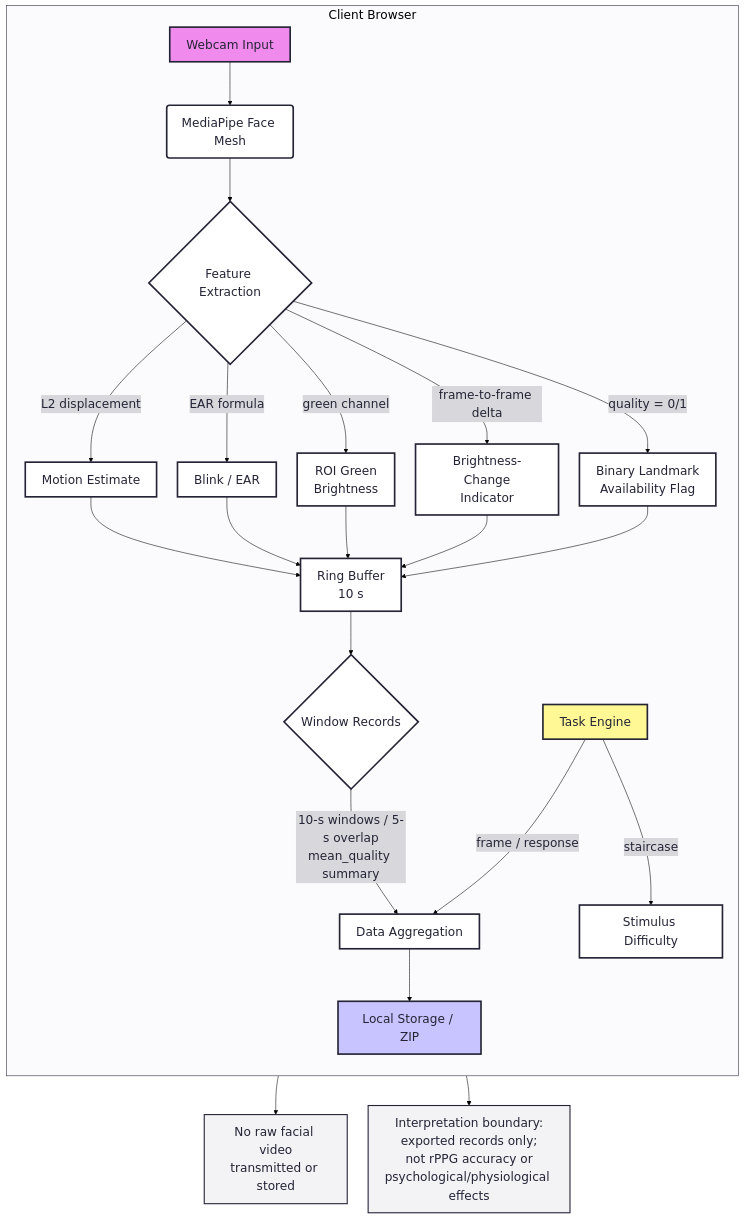
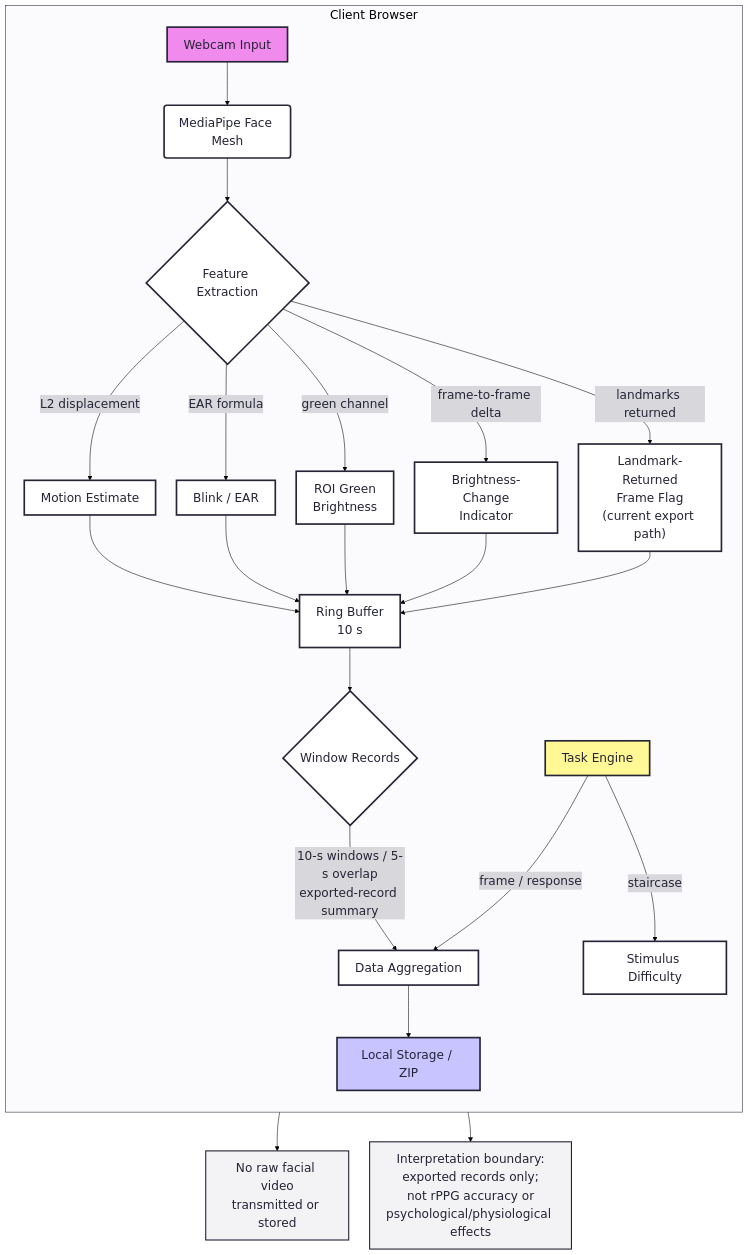
The diagram in paper_figures/Figure1_SystemPipeline.mmd (furukawa1020/camerala), drawn with Mermaid before and after one commit. The commit also changed 19 other files, not shown here.

```diff
--- a/paper_figures/Figure1_SystemPipeline.mmd
+++ b/paper_figures/Figure1_SystemPipeline.mmd
@@ -1,82 +1,82 @@
 %%{init: {
   "theme": "base",
   "themeVariables": {
     "fontFamily": "Consolas, Arial, sans-serif",
     "fontSize": "22px",
     "primaryColor": "#ffffff",
     "primaryBorderColor": "#242436",
     "primaryTextColor": "#242436",
     "lineColor": "#000000",
     "secondaryColor": "#f7f7fb",
     "tertiaryColor": "#ffffff",
     "clusterBkg": "#fbfbfd",
     "clusterBorder": "#242436",
     "edgeLabelBackground": "#d8d8dc"
   },
   "flowchart": {
     "curve": "basis",
     "htmlLabels": true,
     "nodeSpacing": 38,
     "rankSpacing": 54
   }
 }}%%
 flowchart TB
   subgraph C["Client Browser"]
     direction TB
 
     W["Webcam Input"]
     M("MediaPipe Face Mesh")
     F{"Feature Extraction"}
 
     ME["Motion Estimate"]
     BE["Blink / EAR"]
     ROI["ROI Green<br/>Brightness"]
     BF["Brightness-Change<br/>Indicator"]
-    QF["Binary Landmark<br/>Availability Flag"]
+    QF["Landmark-Returned<br/>Frame Flag<br/>(current export path)"]
 
     RB["Ring Buffer<br/>10 s"]
     WA{"Window Records"}
 
     TE["Task Engine"]
     SD["Stimulus Difficulty"]
     DA["Data Aggregation"]
     LS["Local Storage / ZIP"]
 
     W --> M --> F
     F -->|"L2 displacement"| ME
     F -->|"EAR formula"| BE
     F -->|"green channel"| ROI
     F -->|"frame-to-frame delta"| BF
-    F -->|"quality = 0/1"| QF
+    F -->|"landmarks returned"| QF
 
     ME --> RB
     BE --> RB
     ROI --> RB
     BF --> RB
     QF --> RB
 
     RB --> WA
-    WA -->|"10-s windows / 5-s overlap<br/>mean_quality summary"| DA
+    WA -->|"10-s windows / 5-s overlap<br/>exported-record summary"| DA
 
     TE -->|"frame / response"| DA
     TE -->|"staircase"| SD
     DA --> LS
   end
 
   RV["No raw facial video<br/>transmitted or stored"]
   LB["Interpretation boundary:<br/>exported records only;<br/>not rPPG accuracy or<br/>psychological/physiological effects"]
 
   LS --> RV
   LS --> LB
 
   classDef input fill:#f08aec,stroke:#242436,stroke-width:3px,color:#242436;
   classDef task fill:#fff894,stroke:#242436,stroke-width:3px,color:#242436;
   classDef storage fill:#c8c4ff,stroke:#242436,stroke-width:3px,color:#242436;
   classDef process fill:#ffffff,stroke:#242436,stroke-width:3px,color:#242436;
   classDef note fill:#f3f3f6,stroke:#242436,stroke-width:2px,color:#242436;
 
   class W input;
   class TE task;
   class LS storage;
   class M,F,ME,BE,ROI,BF,QF,RB,WA,SD,DA process;
   class RV,LB note;
```
